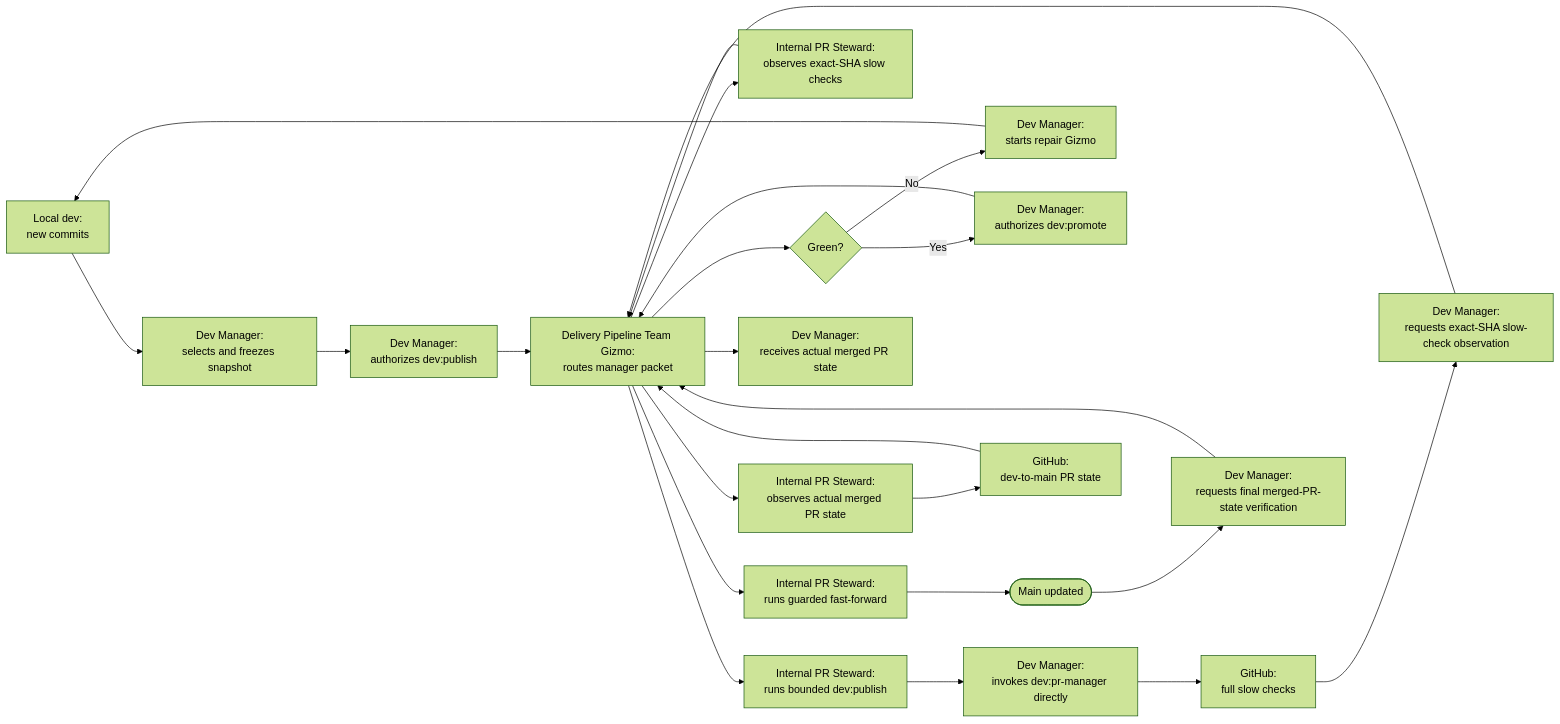
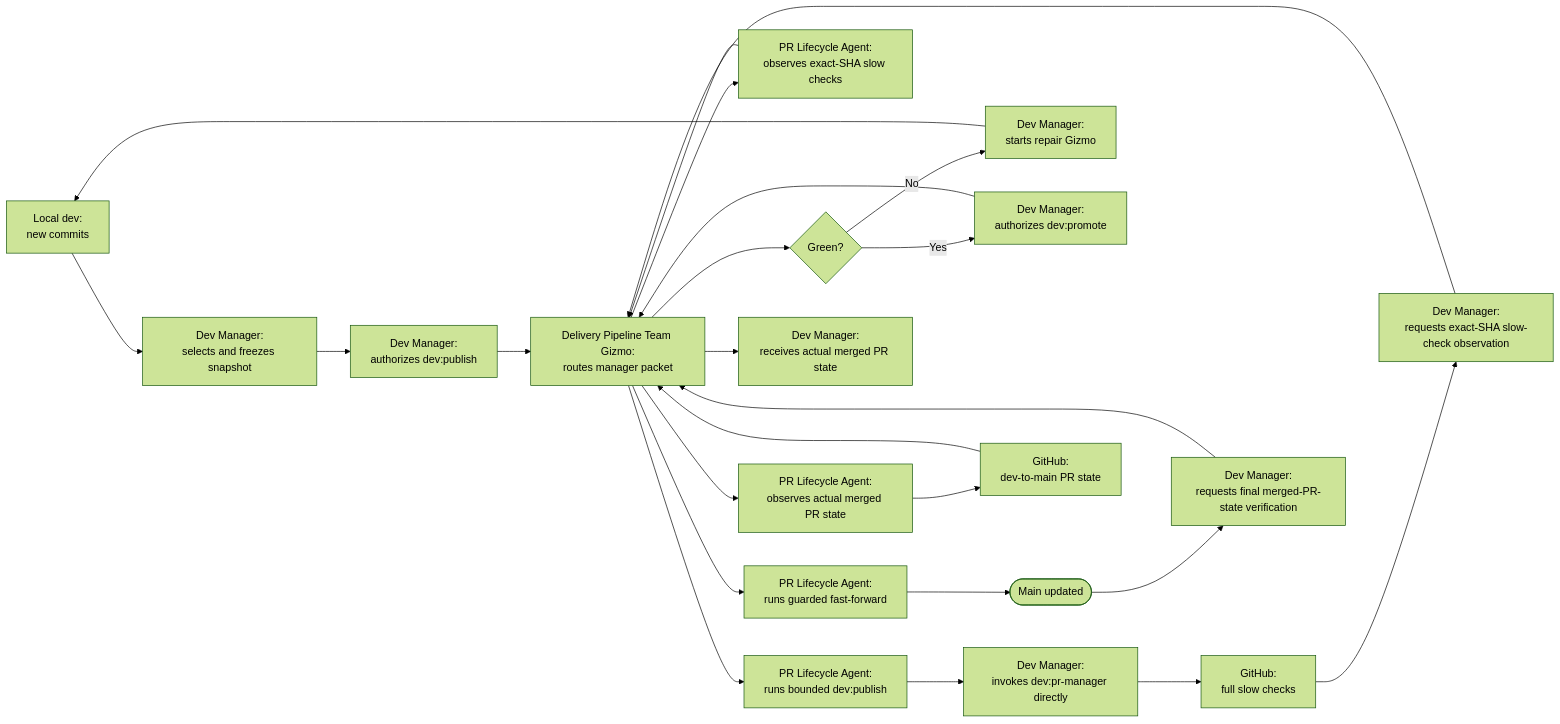
One commit to meta-secret/nook changed diagram 11 of 12 in .cortex/gizmo-prime/architecture/multiagent-delivery-diagrams.md. Above: the diagram before and after it, drawn with Mermaid (forest theme). The commit also changed other lines of this file and 45 other files, not shown here.

````diff
--- a/.cortex/gizmo-prime/architecture/multiagent-delivery-diagrams.md
+++ b/.cortex/gizmo-prime/architecture/multiagent-delivery-diagrams.md
@@ -412,26 +436,26 @@
 ```mermaid
 flowchart LR
     Dev["Local dev:<br/>new commits"]
     Select["Dev Manager:<br/>selects and freezes snapshot"]
     Publish["Dev Manager:<br/>authorizes dev:publish"]
     Pipeline["Delivery Pipeline Team Gizmo:<br/>routes manager packet"]
-    PublishTask["Internal PR Steward:<br/>runs bounded dev:publish"]
+    PublishTask["PR Lifecycle Agent:<br/>runs bounded dev:publish"]
     PR["Dev Manager:<br/>invokes dev:pr-manager directly"]
     Checks["GitHub:<br/>full slow checks"]
     SlowRequest["Dev Manager:<br/>requests exact-SHA slow-check observation"]
-    SlowObserve["Internal PR Steward:<br/>observes exact-SHA slow checks"]
+    SlowObserve["PR Lifecycle Agent:<br/>observes exact-SHA slow checks"]
     Green{"Green?"}
     Fix["Dev Manager:<br/>starts repair Gizmo"]
     Promote["Dev Manager:<br/>authorizes dev:promote"]
-    PromoteTask["Internal PR Steward:<br/>runs guarded fast-forward"]
+    PromoteTask["PR Lifecycle Agent:<br/>runs guarded fast-forward"]
     Main([Main updated])
     VerifyRequest["Dev Manager:<br/>requests final merged-PR-state verification"]
-    VerifyObserve["Internal PR Steward:<br/>observes actual merged PR state"]
+    VerifyObserve["PR Lifecycle Agent:<br/>observes actual merged PR state"]
     PRState["GitHub:<br/>dev-to-main PR state"]
     Verified["Dev Manager:<br/>receives actual merged PR state"]
 
     Dev --> Select --> Publish --> Pipeline --> PublishTask --> PR --> Checks
     Checks --> SlowRequest --> Pipeline --> SlowObserve --> Pipeline --> Green
     Green -- No --> Fix --> Dev
     Green -- Yes --> Promote --> Pipeline --> PromoteTask --> Main --> VerifyRequest --> Pipeline --> VerifyObserve --> PRState --> Pipeline --> Verified
 ```
````
